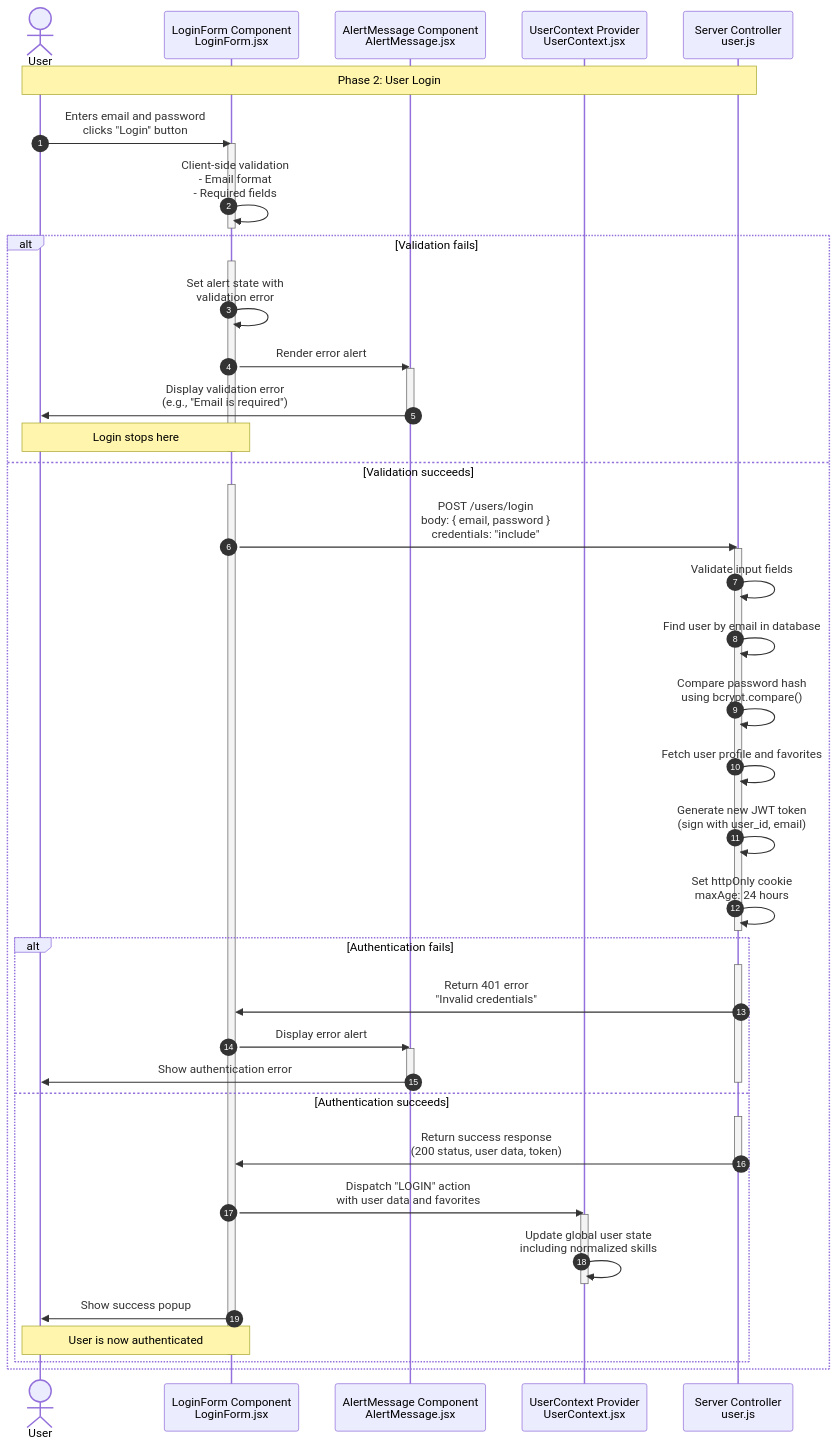
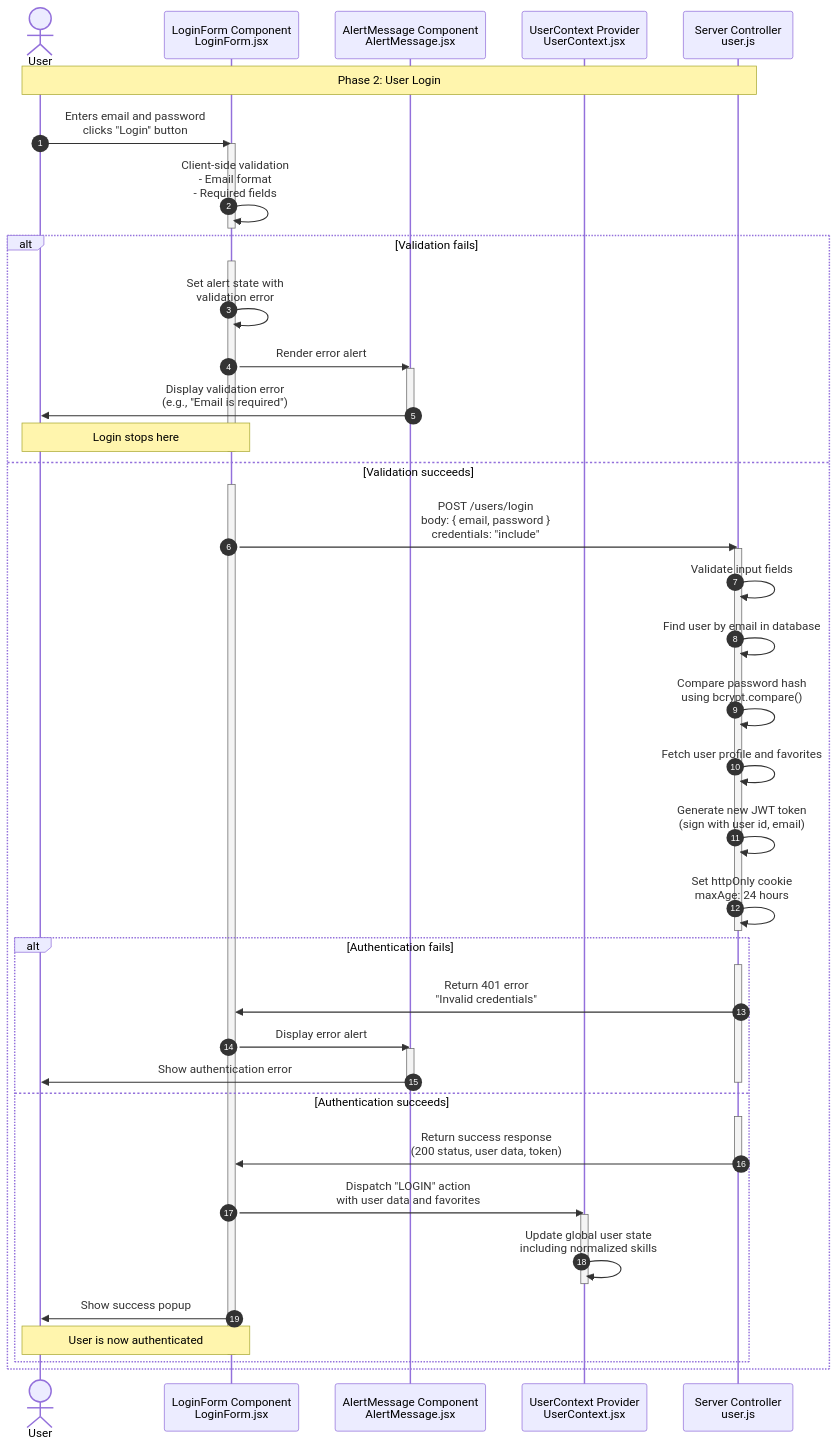
One commit to YahyaAl-Ademi/2025.10.23-JobCompass changed the diagram in documentation/authentication/2.User Login.md. Above: the diagram before and after it, drawn with Mermaid. The commit also changed other lines of this file and 6 other files, not shown here.

````diff
--- a/documentation/authentication/2.User Login.md
+++ b/documentation/authentication/2.User Login.md
@@ -7,67 +7,67 @@
 ```mermaid
 sequenceDiagram
     autonumber
     actor User
     %% File paths:
     %% LoginForm: client/src/pages/LoginForm.jsx
     %% AlertMessage: client/src/components/AlertMessage/AlertMessage.jsx
     %% UserContext: client/src/context/UserContext.jsx
     %% loginUser: server/src/controllers/user.js
     participant LoginForm as LoginForm Component<br/>LoginForm.jsx
     participant AlertMessage as AlertMessage Component<br/>AlertMessage.jsx
     participant UserContext as UserContext Provider<br/>UserContext.jsx
     participant Server as Server Controller<br/>user.js
 
     Note over User,Server: Phase 2: User Login
     User->>LoginForm: Enters email and password<br/>clicks "Login" button
     activate LoginForm
 
     LoginForm->>LoginForm: Client-side validation<br/>- Email format<br/>- Required fields
     deactivate LoginForm
 
     alt Validation fails
         activate LoginForm
         LoginForm->>LoginForm: Set alert state with<br/>validation error
         LoginForm->>AlertMessage: Render error alert
         activate AlertMessage
         AlertMessage->>User: Display validation error<br/>(e.g., "Email is required")
         deactivate AlertMessage
         Note over LoginForm,User: Login stops here
         deactivate LoginForm
     else Validation succeeds
         activate LoginForm
         LoginForm->>Server: POST /users/login<br/>body: { email, password }<br/>credentials: "include"
         activate Server
 
         Server->>Server: Validate input fields
         Server->>Server: Find user by email in database
         Server->>Server: Compare password hash<br/>using bcrypt.compare()
         Server->>Server: Fetch user profile and favorites
-        Server->>Server: Generate new JWT token<br/>(sign with user_id, email)
+        Server->>Server: Generate new JWT token<br/>(sign with user id, email)
         Server->>Server: Set httpOnly cookie<br/>maxAge: 24 hours
         deactivate Server
 
         alt Authentication fails
             activate Server
             Server->>LoginForm: Return 401 error<br/>"Invalid credentials"
             LoginForm->>AlertMessage: Display error alert
             activate AlertMessage
             AlertMessage->>User: Show authentication error
             deactivate AlertMessage
             deactivate Server
         else Authentication succeeds
             activate Server
             Server->>LoginForm: Return success response<br/>(200 status, user data, token)
             deactivate Server
 
             LoginForm->>UserContext: Dispatch "LOGIN" action<br/>with user data and favorites
             activate UserContext
             UserContext->>UserContext: Update global user state<br/>including normalized skills
             deactivate UserContext
 
             LoginForm->>User: Show success popup
             Note over LoginForm,User: User is now authenticated
             deactivate LoginForm
         end
     end
 ```
````
